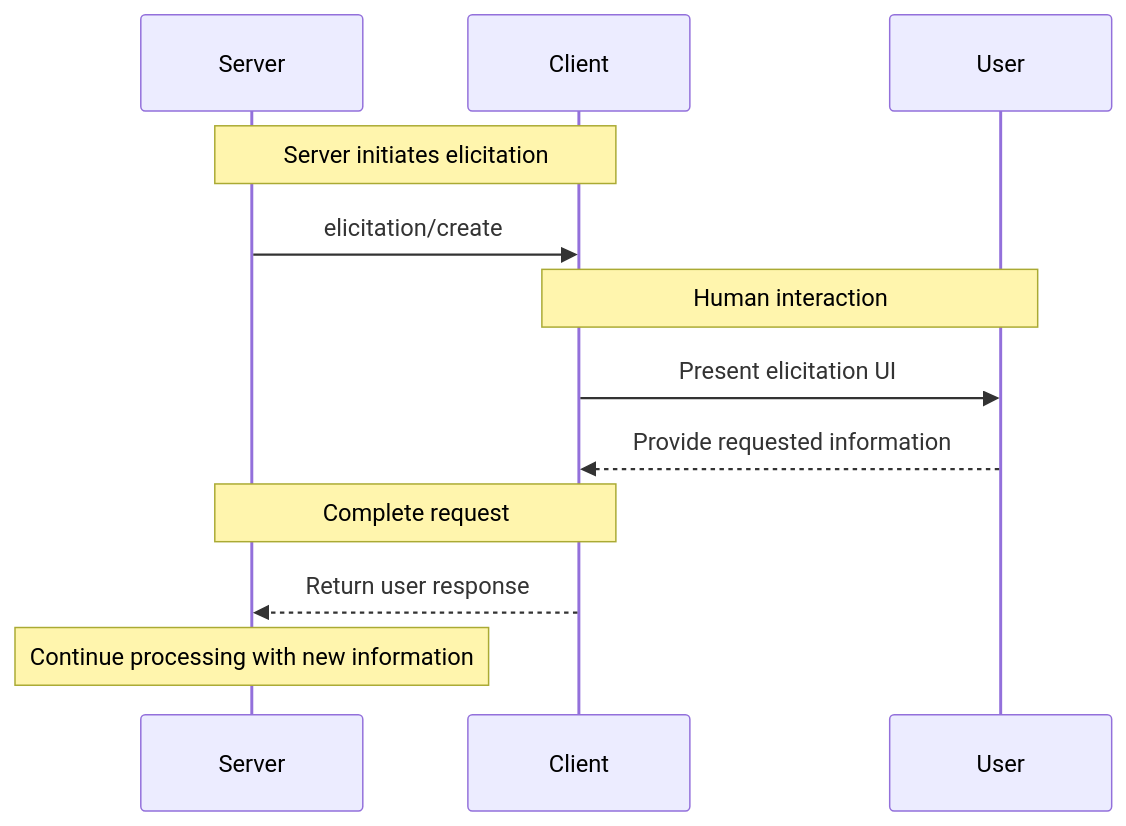
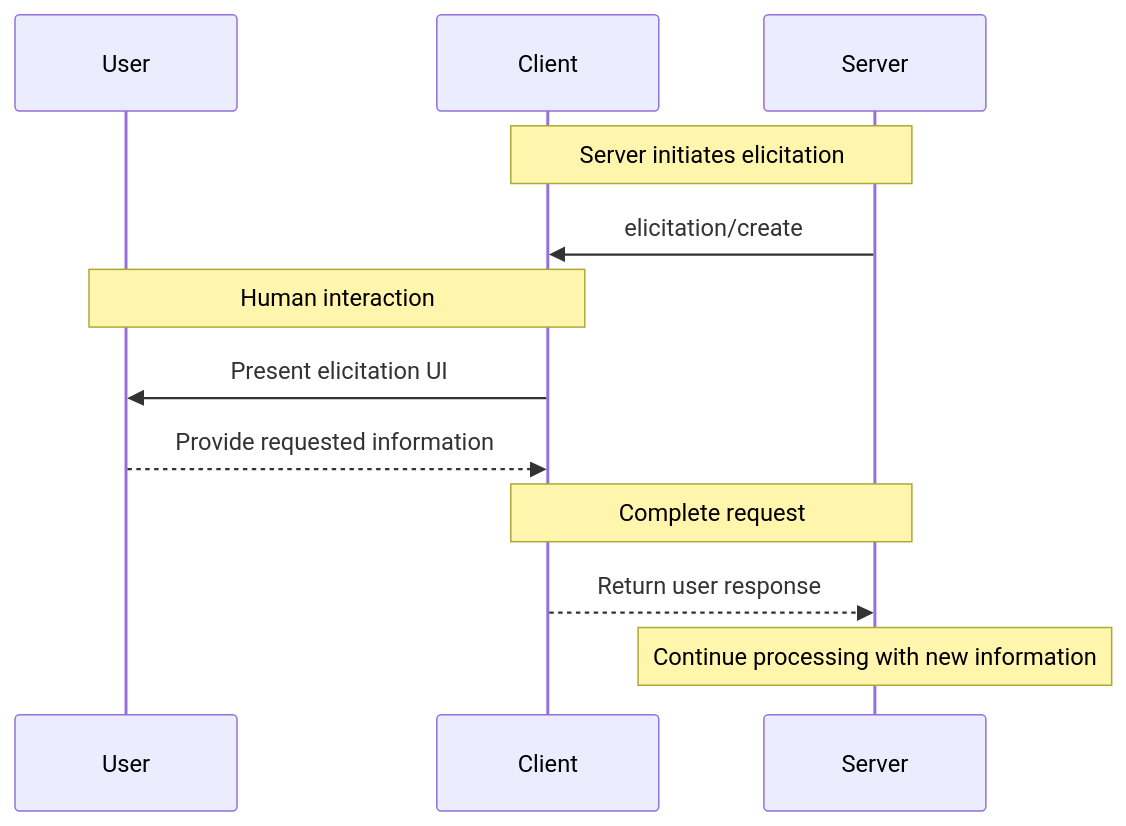
One commit to tobinsouth/modelcontextprotocol changed the diagram in docs/specification/draft/client/elicitation.mdx. Above: the diagram before and after it, drawn with Mermaid. The commit also changed other lines of this file, not shown here.

First line of the commit message:
[spec] make user appear on the left side of the elicitation diagram

````diff
--- a/docs/specification/draft/client/elicitation.mdx
+++ b/docs/specification/draft/client/elicitation.mdx
@@ -180,18 +180,18 @@
 ```mermaid
 sequenceDiagram
+    participant User
+    participant Client
     participant Server
-    participant Client
-    participant User
 
     Note over Server,Client: Server initiates elicitation
     Server->>Client: elicitation/create
 
     Note over Client,User: Human interaction
     Client->>User: Present elicitation UI
     User-->>Client: Provide requested information
 
     Note over Server,Client: Complete request
     Client-->>Server: Return user response
 
     Note over Server: Continue processing with new information
 ```
````
